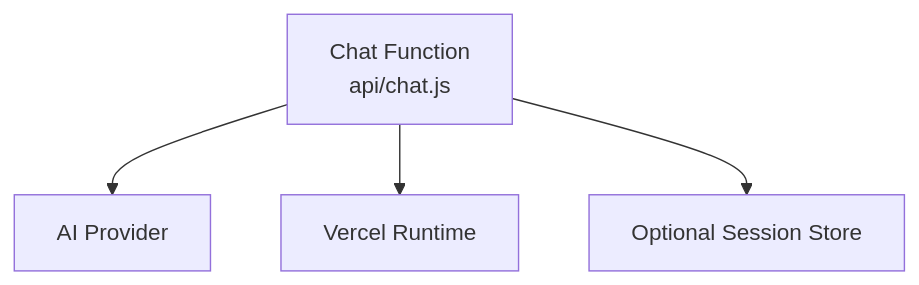
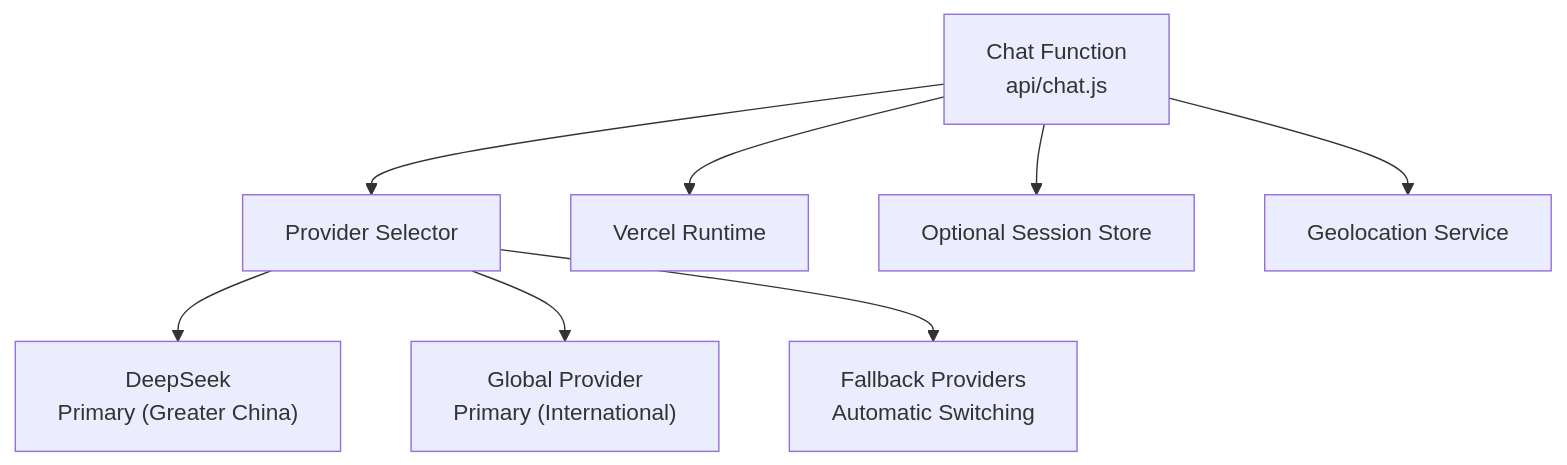
The seventh of 7 diagrams in .qoder/repowiki/en/content/API Reference/Chat API.md (zmyeo54/briefroom), drawn with Mermaid before and after one commit. The commit also changed other lines of this file and 42 other files, not shown here.

````diff
--- a/.qoder/repowiki/en/content/API Reference/Chat API.md
+++ b/.qoder/repowiki/en/content/API Reference/Chat API.md
@@ -215,6 +337,10 @@
 ```mermaid
 graph TB
-ChatFn["Chat Function<br/>api/chat.js"] --> Provider["AI Provider"]
+ChatFn["Chat Function<br/>api/chat.js"] --> ProviderSelector["Provider Selector"]
+ProviderSelector --> DeepSeek["DeepSeek<br/>Primary (Greater China)"]
+ProviderSelector --> GlobalProvider["Global Provider<br/>Primary (International)"]
+ProviderSelector --> FallbackProviders["Fallback Providers<br/>Automatic Switching"]
 ChatFn --> Platform["Vercel Runtime"]
 ChatFn --> OptionalStore["Optional Session Store"]
+ChatFn --> GeoService["Geolocation Service"]
 ```
````
